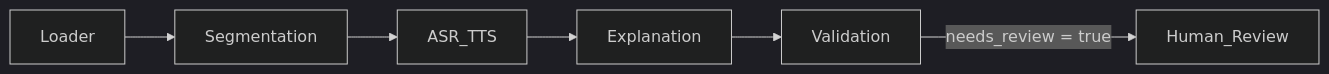
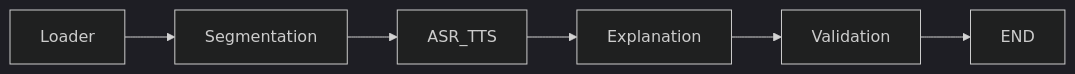
One commit to whats2000/MedVoiceQAReasonDataset changed the diagram in README.md. Above: the diagram before and after it, drawn with Mermaid (dark theme). The commit also changed other lines of this file and 13 other files, not shown here.

Commit message:
Feat: Make human review after test

````diff
--- a/README.md
+++ b/README.md
@@ -23,8 +23,8 @@
 ```mermaid
 flowchart LR
     Loader --> Segmentation
     Segmentation --> ASR_TTS
     ASR_TTS --> Explanation
     Explanation --> Validation
-    Validation -- needs_review = true --> Human_Review
+    Validation --> END
 ```
````
